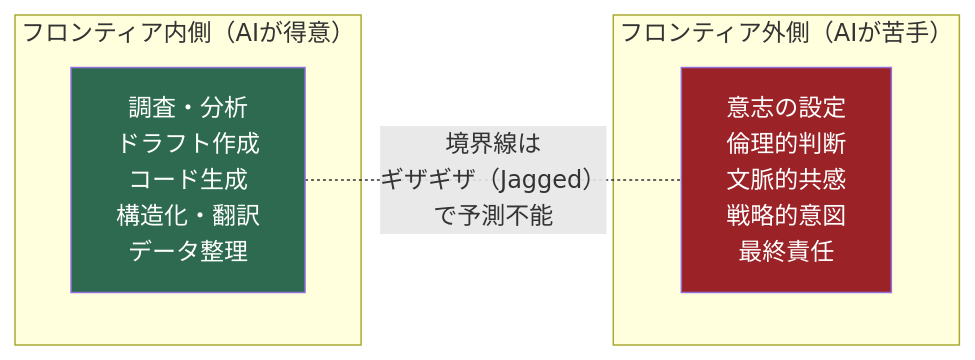
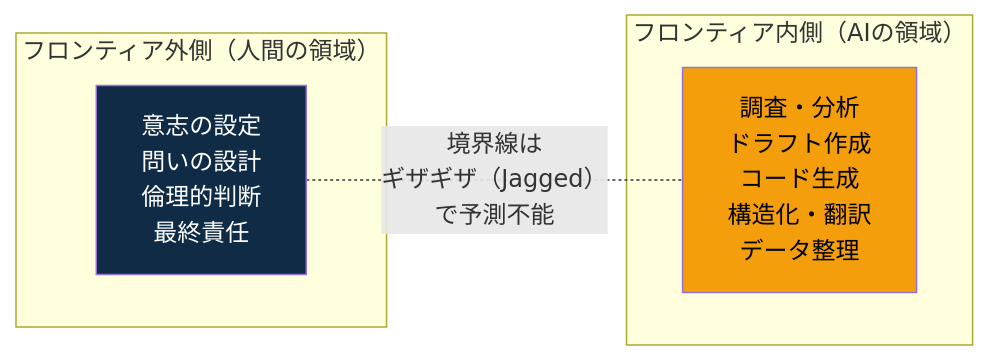
The fourth of 7 diagrams in docs/jp/the_10_80_10_principle_JP.md (Leading-AI-IO/the-10-80-10-principle), drawn with Mermaid before and after one commit. The commit also changed other lines of this file, not shown here.

````diff
--- a/docs/jp/the_10_80_10_principle_JP.md
+++ b/docs/jp/the_10_80_10_principle_JP.md
@@ -296,14 +364,14 @@
 ```mermaid
 graph LR
-    subgraph "フロンティア内側（AIが得意）"
-        A["調査・分析<br/>ドラフト作成<br/>コード生成<br/>構造化・翻訳<br/>データ整理"]
+    subgraph "フロンティア外側（人間の領域）"
+        A["意志の設定<br/>問いの設計<br/>倫理的判断<br/>最終責任"]
     end
-    subgraph "フロンティア外側（AIが苦手）"
-        B["意志の設定<br/>倫理的判断<br/>文脈的共感<br/>戦略的意図<br/>最終責任"]
+    subgraph "フロンティア内側（AIの領域）"
+        B["調査・分析<br/>ドラフト作成<br/>コード生成<br/>構造化・翻訳<br/>データ整理"]
     end
 
     A -.-|"境界線は<br/>ギザギザ（Jagged）<br/>で予測不能"| B
 
-    style A fill:#2d6a4f,color:#fff
-    style B fill:#9b2226,color:#fff
+    style A fill:#0f2b46,color:#fff
+    style B fill:#f59e0b,color:#000
 ```
````
